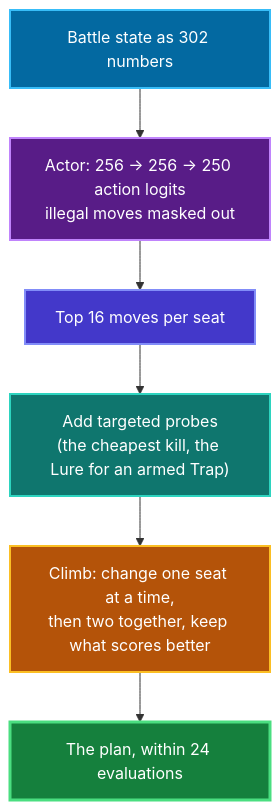
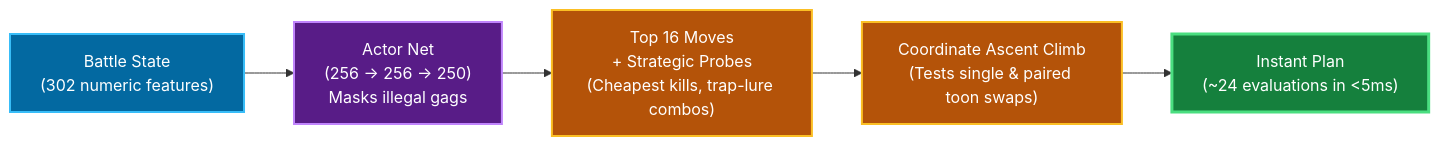
Before and after one commit to Angle-Brackets/TTRSolver: the fifth of 5 diagrams in README.md, drawn with Mermaid. The commit also changed other lines of this file and 8 other files, not shown here.

Commit message:
docs: overhaul documentation and readmes with clean styling, diagrams, and formatting

````diff
--- a/README.md
+++ b/README.md
@@ -217,22 +287,17 @@
 ```mermaid
-flowchart TD
+flowchart LR
     classDef stateNode fill:#0369a1,stroke:#38bdf8,stroke-width:2px,color:#ffffff
     classDef ppoNode fill:#581c87,stroke:#c084fc,stroke-width:2px,color:#ffffff
-    classDef menuNode fill:#4338ca,stroke:#818cf8,stroke-width:2px,color:#ffffff
-    classDef probeNode fill:#0f766e,stroke:#2dd4bf,stroke-width:2px,color:#ffffff
     classDef climbNode fill:#b45309,stroke:#fbbf24,stroke-width:2px,color:#ffffff
     classDef outNode fill:#15803d,stroke:#4ade80,stroke-width:3px,color:#ffffff
 
-    S["Battle state as 302 numbers"] --> PPO["Actor: 256 → 256 → 250 action logits<br/>illegal moves masked out"]
-    PPO --> P["Top 16 moves per seat"]
-    P --> PR["Add targeted probes<br/>(the cheapest kill, the Lure for an armed Trap)"]
-    PR --> CLIMB["Climb: change one seat at a time,<br/>then two together, keep what scores better"]
-    CLIMB --> OUT["The plan, within 24 evaluations"]
+    S["Battle State<br/>(302 numeric features)"] --> PPO["Actor Net<br/>(256 → 256 → 250)<br/>Masks illegal gags"]
+    PPO --> TOP["Top 16 Moves<br/>+ Strategic Probes<br/>(Cheapest kills, trap-lure combos)"]
+    TOP --> CLIMB["Coordinate Ascent Climb<br/>(Tests single & paired toon swaps)"]
+    CLIMB --> OUT["Instant Plan<br/>(~24 evaluations in &lt;5ms)"]
 
     class S stateNode
     class PPO ppoNode
-    class P menuNode
-    class PR probeNode
-    class CLIMB climbNode
+    class TOP,CLIMB climbNode
     class OUT outNode
 ```
````
